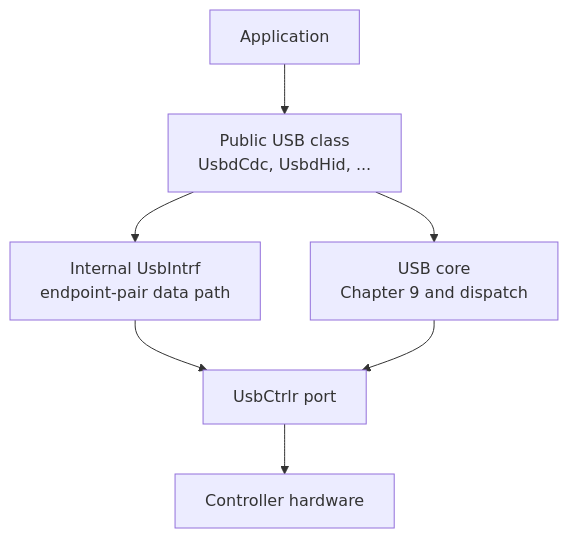
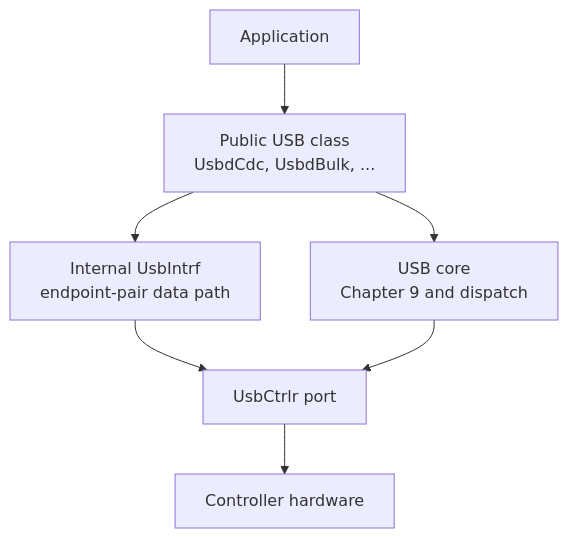
Before and after one commit to IOsonata/IOsonata: the first of 3 diagrams in docs/architecture/usb.md, drawn with Mermaid. The commit also changed other lines of this file and 6 other files, not shown here.

First line of the commit message:
Add reusable vendor bulk USB class

````diff
--- a/docs/architecture/usb.md
+++ b/docs/architecture/usb.md
@@ -7,9 +7,9 @@
 ```mermaid
 flowchart TD
-    App[Application] --> Class[Public USB class<br/>UsbdCdc, UsbdHid, ...]
+    App[Application] --> Class[Public USB class<br/>UsbdCdc, UsbdBulk, ...]
     Class --> Intrf[Internal UsbIntrf<br/>endpoint-pair data path]
     Class --> Core[USB core<br/>Chapter 9 and dispatch]
     Intrf --> Port[UsbCtrlr port]
     Core --> Port
     Port --> Hw[Controller hardware]
 ```
````
